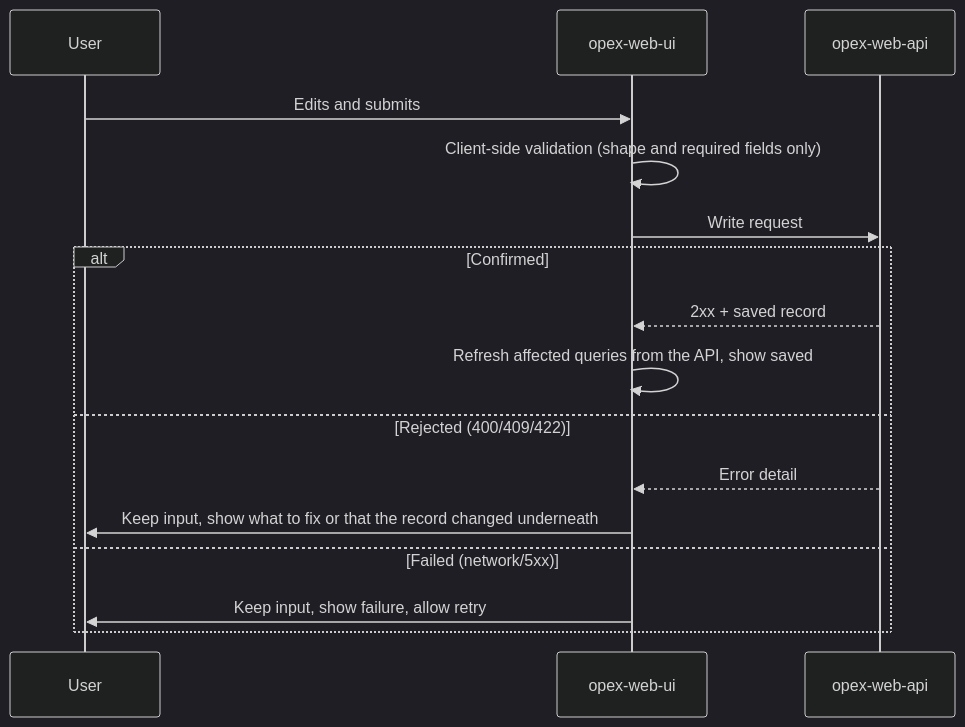
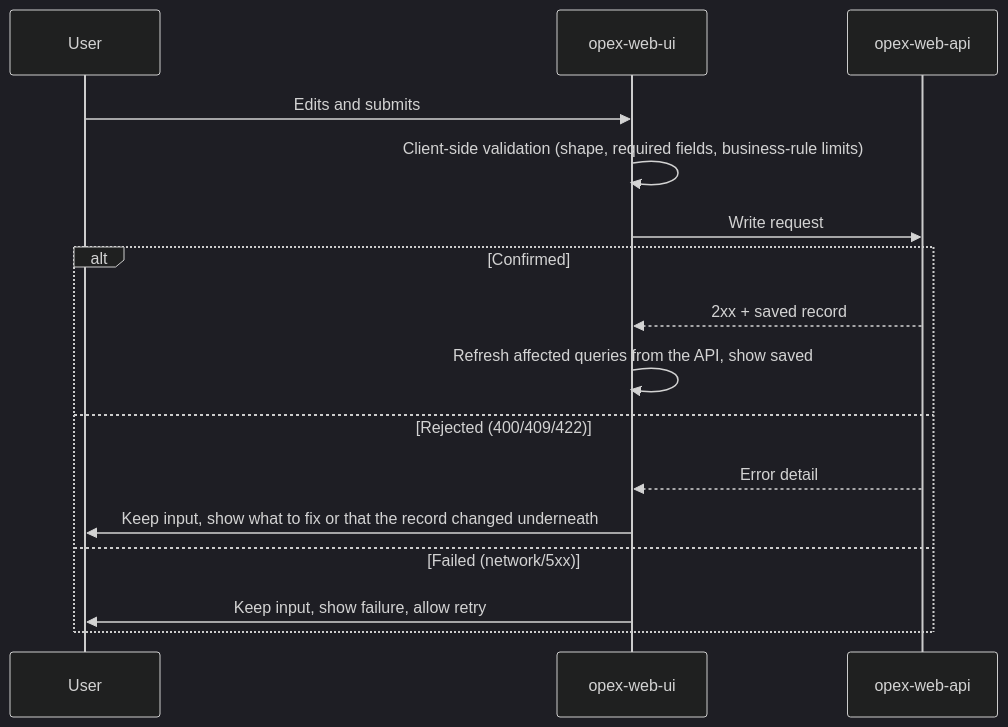
The fifth of 6 diagrams in docs/high-level-design.md (sawsonh/opex-web-ui), drawn with Mermaid (dark theme) before and after one commit. The commit also changed other lines of this file and 1 other file, not shown here.

First line of the commit message:
docs: business-rule limits in HLD and Forms

````diff
--- a/docs/high-level-design.md
+++ b/docs/high-level-design.md
@@ -291,18 +291,18 @@
 ```mermaid
 sequenceDiagram
     participant U as User
     participant UI as opex-web-ui
     participant API as opex-web-api
     U->>UI: Edits and submits
-    UI->>UI: Client-side validation (shape and required fields only)
+    UI->>UI: Client-side validation (shape, required fields, business-rule limits)
     UI->>API: Write request
     alt Confirmed
         API-->>UI: 2xx + saved record
         UI->>UI: Refresh affected queries from the API, show saved
     else Rejected (400/409/422)
         API-->>UI: Error detail
         UI->>U: Keep input, show what to fix or that the record changed underneath
     else Failed (network/5xx)
         UI->>U: Keep input, show failure, allow retry
     end
 ```
````
